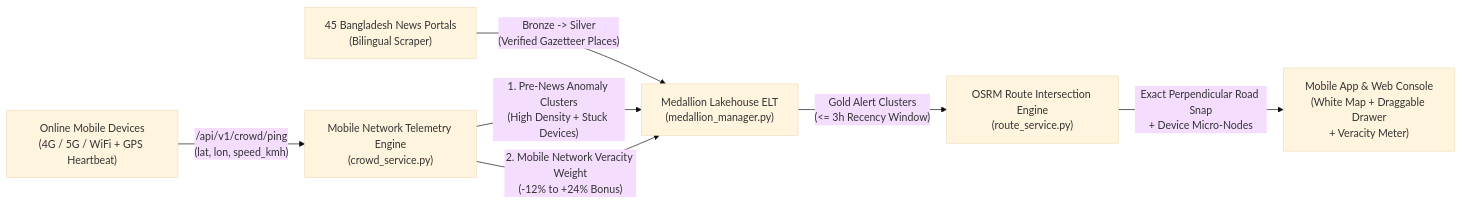
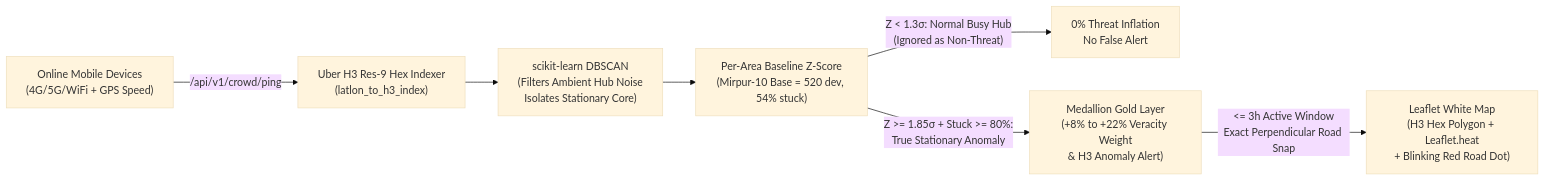
One commit to AsifZaman777/real-time-alert changed the diagram in MOBILE_NETWORK_CROWD_TELEMETRY.md. Above: the diagram before and after it, drawn with Mermaid (base theme). The commit also changed other lines of this file and 14 other files, not shown here.

Commit message:
uber h3 and dbscan for croud sourcing

````diff
--- a/MOBILE_NETWORK_CROWD_TELEMETRY.md
+++ b/MOBILE_NETWORK_CROWD_TELEMETRY.md
@@ -15,9 +27,9 @@
 ```mermaid
 flowchart LR
-    P["Online Mobile Devices\n(4G / 5G / WiFi + GPS Heartbeat)"] -->|"/api/v1/crowd/ping\n(lat, lon, speed_kmh)"| C["Mobile Network Telemetry Engine\n(crowd_service.py)"]
-    N["45 Bangladesh News Portals\n(Bilingual Scraper)"] -->|"Bronze -> Silver\n(Verified Gazetteer Places)"| M["Medallion Lakehouse ELT\n(medallion_manager.py)"]
-    C -->|"1. Pre-News Anomaly Clusters\n(High Density + Stuck Devices)"| M
-    C -->|"2. Mobile Network Veracity Weight\n(-12% to +24% Bonus)"| M
-    M -->|"Gold Alert Clusters\n(<= 3h Recency Window)"| R["OSRM Route Intersection Engine\n(route_service.py)"]
-    R -->|"Exact Perpendicular Road Snap\n+ Device Micro-Nodes"| U["Mobile App & Web Console\n(White Map + Draggable Drawer\n+ Veracity Meter)"]
+    P["Online Mobile Devices\n(4G/5G/WiFi + GPS Speed)"] -->|"/api/v1/crowd/ping"| H["Uber H3 Res-9 Hex Indexer\n(latlon_to_h3_index)"]
+    H --> D["scikit-learn DBSCAN\n(Filters Ambient Hub Noise\nIsolates Stationary Core)"]
+    D --> B["Per-Area Baseline Z-Score\n(Mirpur-10 Base = 520 dev, 54% stuck)"]
+    B -->|"Z < 1.3σ: Normal Busy Hub\n(Ignored as Non-Threat)"| N["0% Threat Inflation\nNo False Alert"]
+    B -->|"Z >= 1.85σ + Stuck >= 80%:\nTrue Stationary Anomaly"| M["Medallion Gold Layer\n(+8% to +22% Veracity Weight\n& H3 Anomaly Alert)"]
+    M -->|"<= 3h Active Window\nExact Perpendicular Road Snap"| U["Leaflet White Map\n(H3 Hex Polygon + Leaflet.heat\n+ Blinking Red Road Dot)"]
 ```
````
